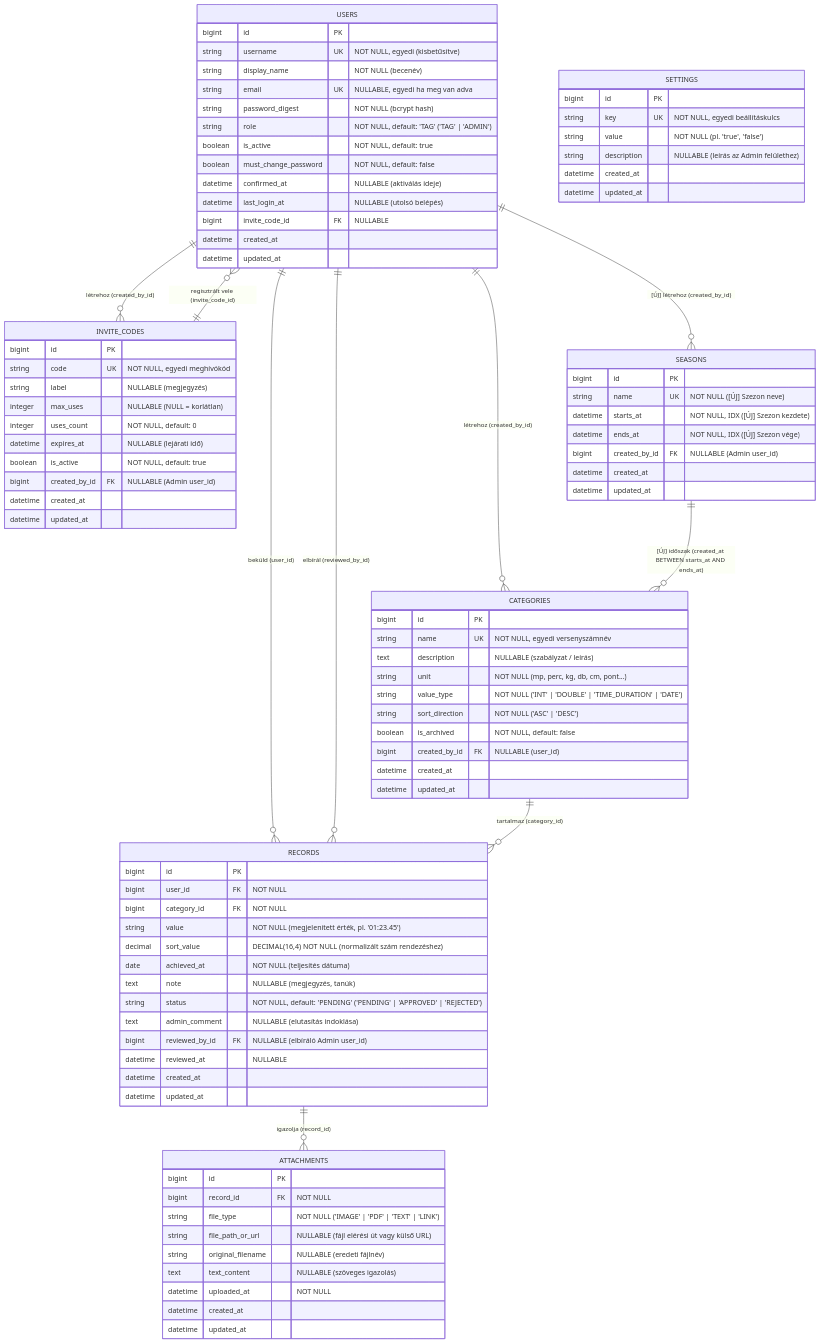
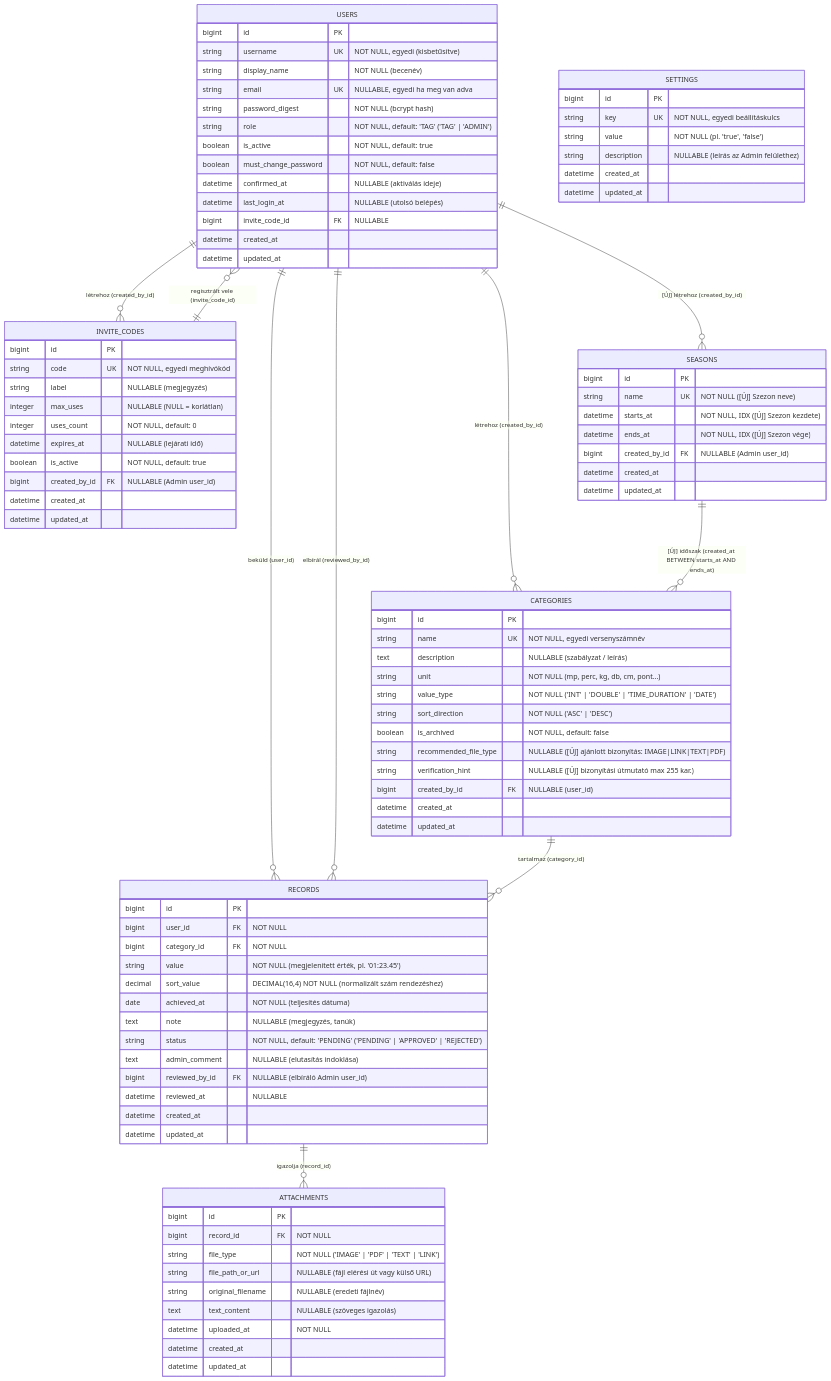
Before and after one commit to Preeim/palrekord: the diagram in docs/Adatstruktúra/adatstruktura.md, drawn with Mermaid. The commit also changed other lines of this file and 21 other files, not shown here.

```diff
--- a/docs/Adatstruktúra/adatstruktura.md
+++ b/docs/Adatstruktúra/adatstruktura.md
@@ -77,6 +77,8 @@
         string value_type "NOT NULL ('INT' | 'DOUBLE' | 'TIME_DURATION' | 'DATE')"
         string sort_direction "NOT NULL ('ASC' | 'DESC')"
         boolean is_archived "NOT NULL, default: false"
+        string recommended_file_type "NULLABLE ([ÚJ] ajánlott bizonyítás: IMAGE|LINK|TEXT|PDF)"
+        string verification_hint "NULLABLE ([ÚJ] bizonyítási útmutató max 255 kar.)"
         bigint created_by_id FK "NULLABLE (user_id)"
         datetime created_at
         datetime updated_at
```
